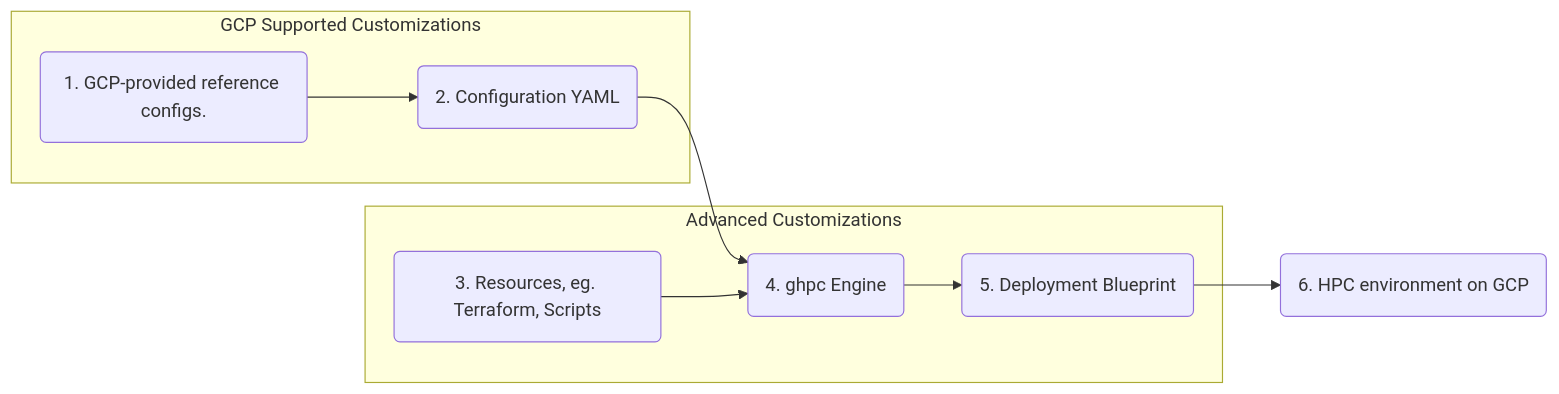
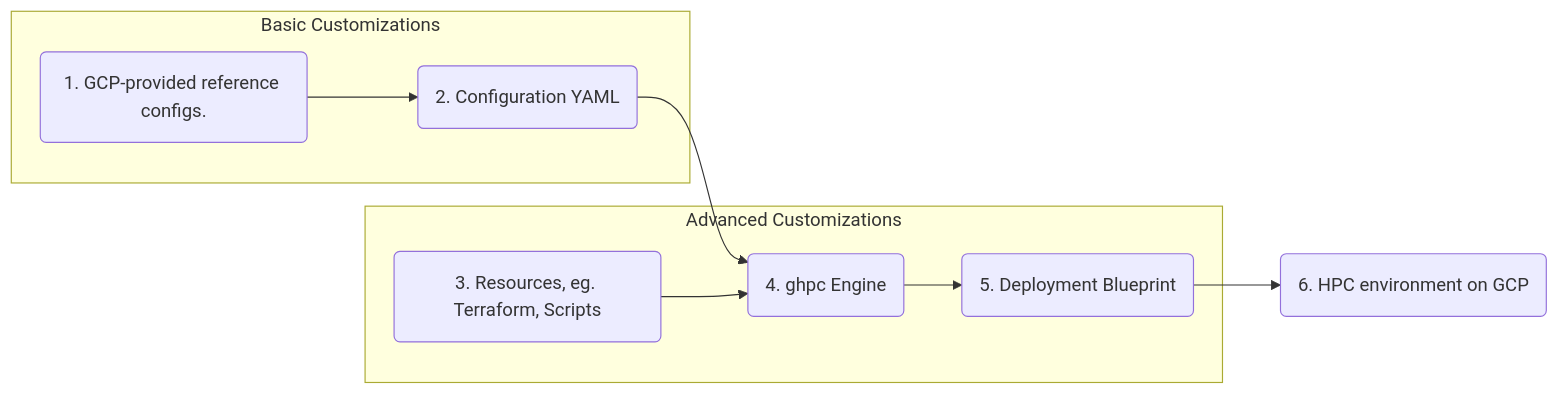
Before and after one commit to GoogleCloudPlatform/cluster-toolkit: the diagram in README.md, drawn with Mermaid. The commit also changed 1 other file, not shown here.

Commit message:
Addressing feedback

````diff
--- a/README.md
+++ b/README.md
@@ -114,12 +114,12 @@
 ```mermaid
 graph LR
-    subgraph GCP Supported Customizations
+    subgraph Basic Customizations
     A(1. GCP-provided reference configs.) --> B(2. Configuration YAML)
     end
     B --> D
     subgraph Advanced Customizations
     C(3. Resources, eg. Terraform, Scripts) --> D(4. ghpc Engine)
     D --> E(5. Deployment Blueprint)
     end
     E --> F(6. HPC environment on GCP)
 ```
````
